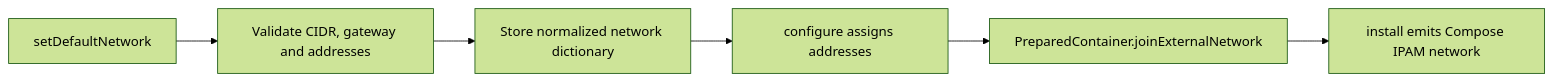
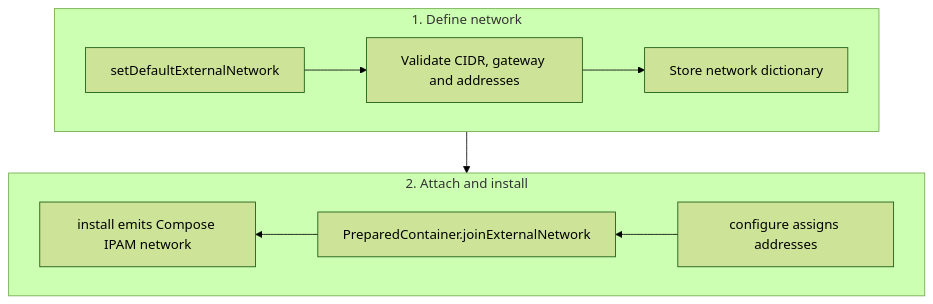
The second of 4 diagrams in docs/designs/container_bundle.md (seed-labs/seed-emulator), drawn with Mermaid (forest theme) before and after one commit. The commit also changed other lines of this file and 12 other files, not shown here.

````diff
--- a/docs/designs/container_bundle.md
+++ b/docs/designs/container_bundle.md
@@ -100,8 +108,12 @@
 ```mermaid
-flowchart LR
-    A[setDefaultNetwork] --> B[Validate CIDR, gateway and addresses]
-    B --> C[Store normalized network dictionary]
-    C --> D[configure assigns addresses]
-    D --> E[PreparedContainer.joinExternalNetwork]
-    E --> F[install emits Compose IPAM network]
+flowchart TD
+    subgraph row1["1. Define network"]
+        direction LR
+        A[setDefaultExternalNetwork] --> B[Validate CIDR, gateway and addresses] --> C[Store network dictionary]
+    end
+    subgraph row2["2. Attach and install"]
+        direction RL
+        D[configure assigns addresses] --> E[PreparedContainer.joinExternalNetwork] --> F[install emits Compose IPAM network]
+    end
+    row1 --> row2
 ```
````
